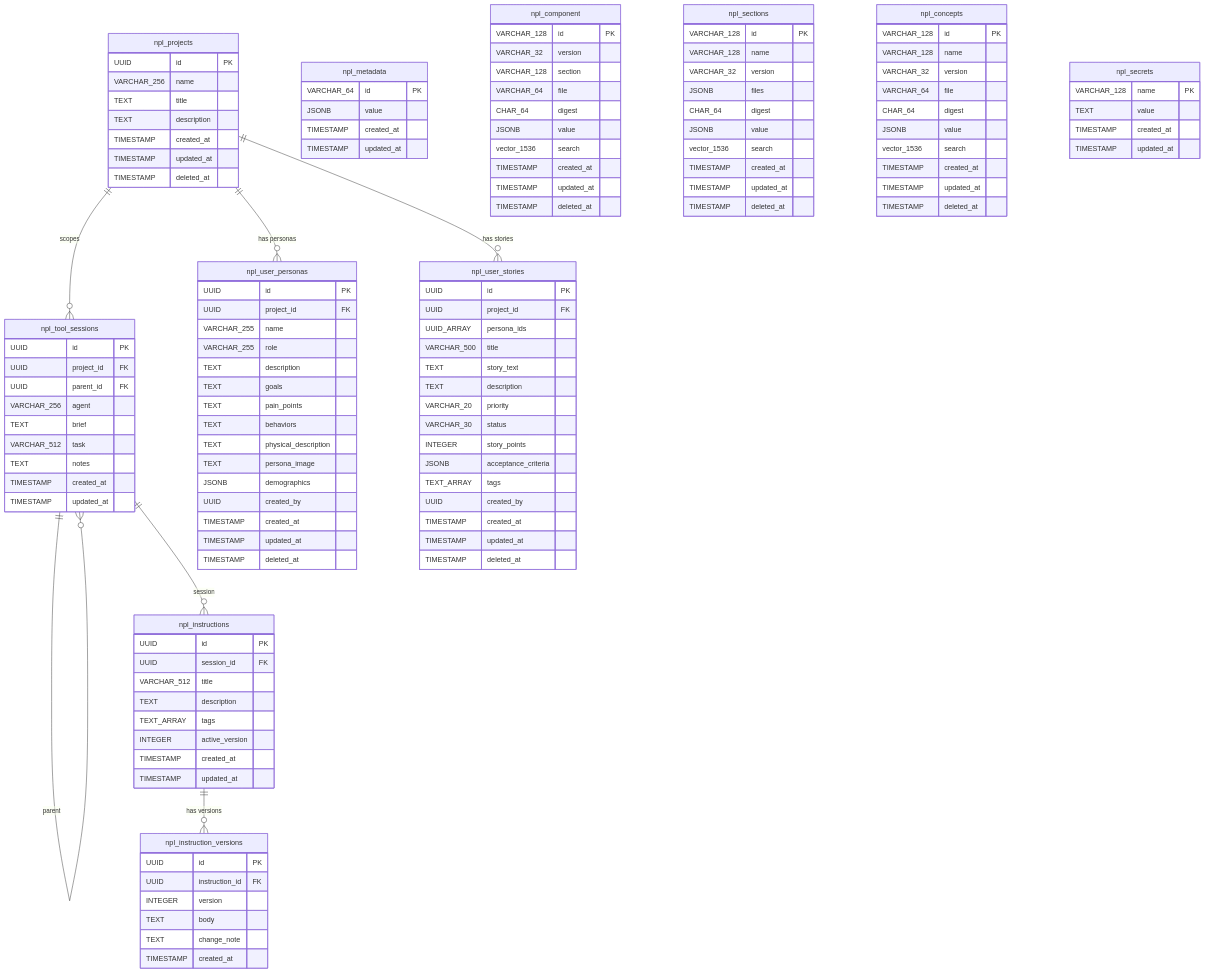
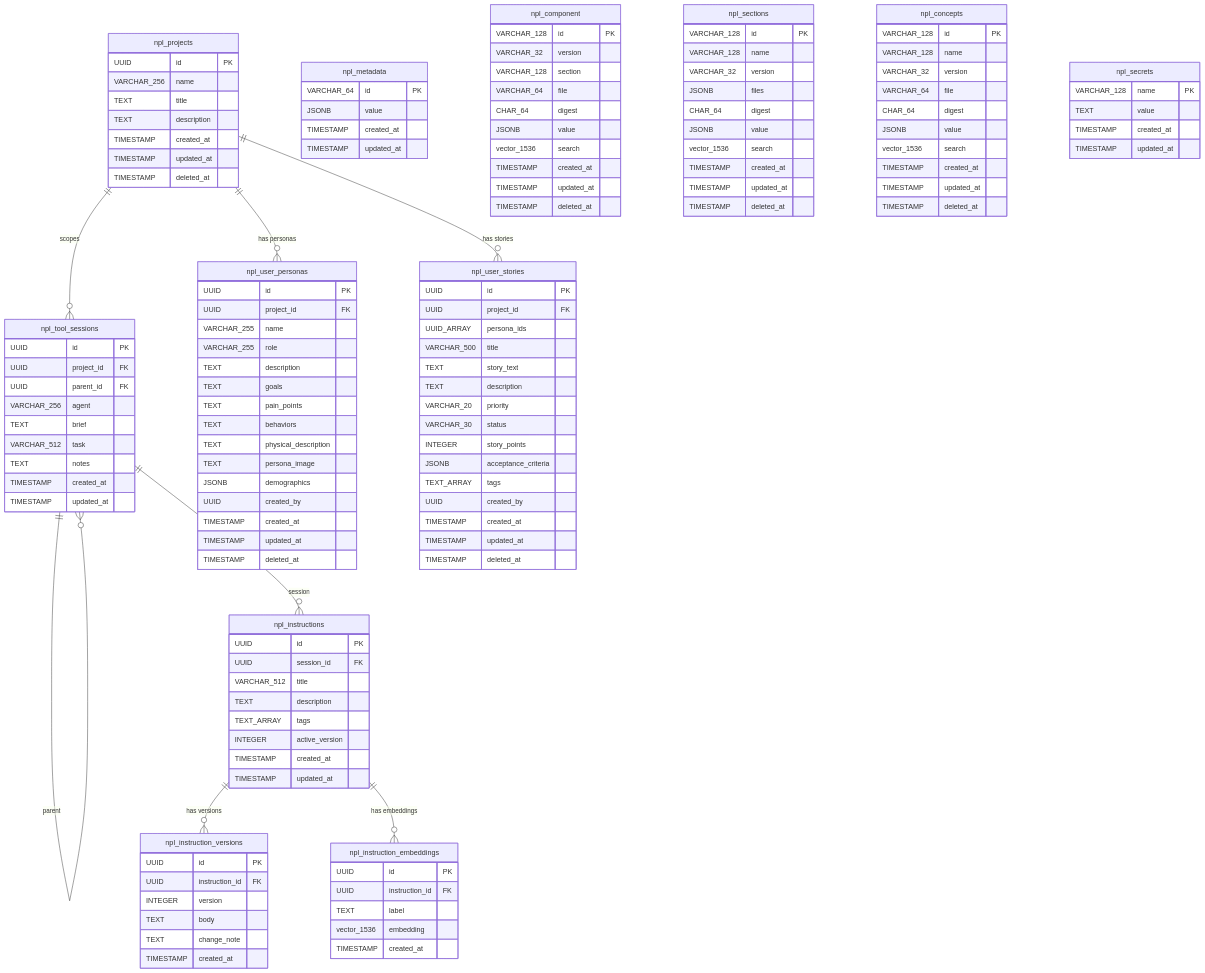
Before and after one commit to noizu-labs-ml/NoizuPromptLingo: the first of 2 diagrams in docs/PROJ-SCHEMA.md, drawn with Mermaid. The commit also changed other lines of this file and 13 other files, not shown here.

```diff
--- a/docs/PROJ-SCHEMA.md
+++ b/docs/PROJ-SCHEMA.md
@@ -16,6 +16,7 @@
     npl_tool_sessions ||--o{ npl_tool_sessions : "parent"
     npl_tool_sessions ||--o{ npl_instructions : "session"
     npl_instructions ||--o{ npl_instruction_versions : "has versions"
+    npl_instructions ||--o{ npl_instruction_embeddings : "has embeddings"
     npl_projects ||--o{ npl_user_personas : "has personas"
     npl_projects ||--o{ npl_user_stories : "has stories"
 
@@ -114,6 +115,14 @@
         TIMESTAMP created_at
     }
 
+    npl_instruction_embeddings {
+        UUID id PK
+        UUID instruction_id FK
+        TEXT label
+        vector_1536 embedding
+        TIMESTAMP created_at
+    }
+
     npl_user_personas {
         UUID id PK
         UUID project_id FK
```
